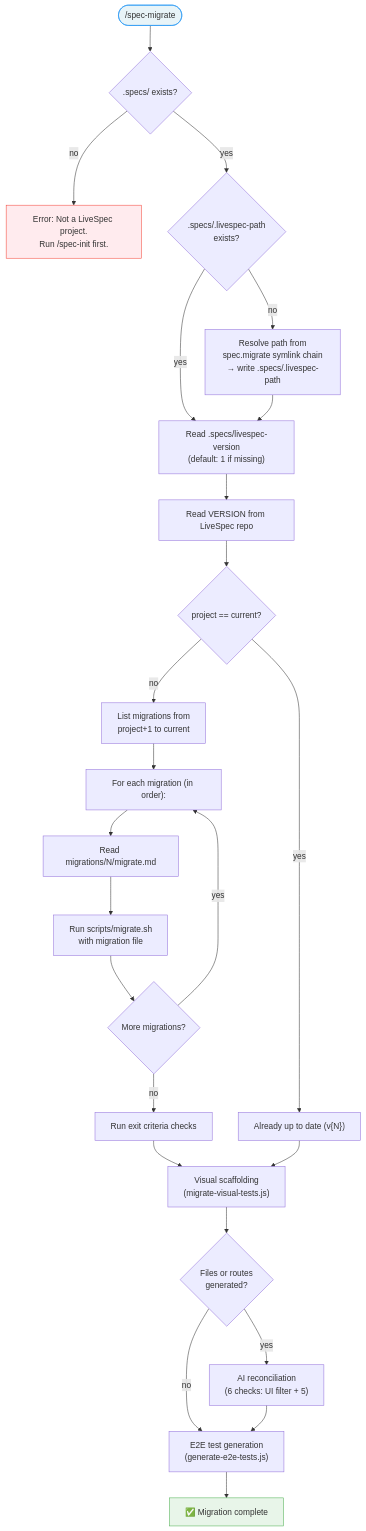
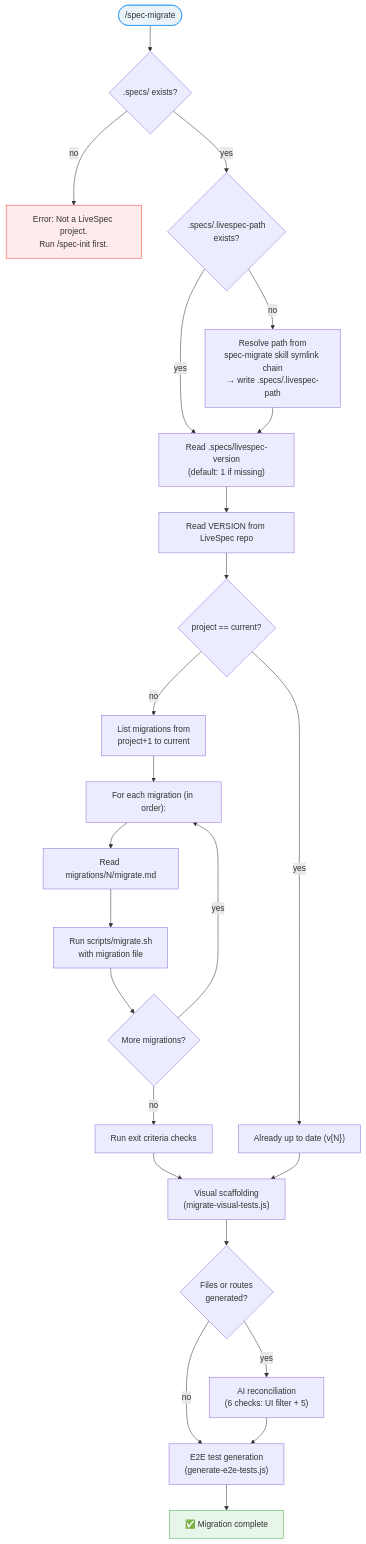
Before and after one commit to julien-m/livespec: the diagram in .agent-sync/skills/spec-migrate/SKILL.md, drawn with Mermaid. The commit also changed other lines of this file and 156 other files, not shown here.

````diff
--- a/.agent-sync/skills/spec-migrate/SKILL.md
+++ b/.agent-sync/skills/spec-migrate/SKILL.md
@@ -26,30 +26,30 @@
 ```mermaid
 flowchart TD
     START(["/spec-migrate"]) --> CHECK{".specs/ exists?"}
     CHECK -->|no| FAIL["Error: Not a LiveSpec project.\nRun /spec-init first."]
     CHECK -->|yes| PATH{".specs/.livespec-path\nexists?"}
-    PATH -->|no| RESOLVE["Resolve path from\nspec.migrate symlink chain\n→ write .specs/.livespec-path"]
+    PATH -->|no| RESOLVE["Resolve path from\nspec-migrate skill symlink chain\n→ write .specs/.livespec-path"]
     PATH -->|yes| READ["Read .specs/livespec-version\n(default: 1 if missing)"]
     RESOLVE --> READ
     READ --> CURRENT["Read VERSION from LiveSpec repo"]
     CURRENT --> CMP{"project == current?"}
     CMP -->|yes| UPTODATE["Already up to date (v{N})"]
     CMP -->|no| LIST["List migrations from\nproject+1 to current"]
     LIST --> LOOP["For each migration (in order):"]
     LOOP --> PARSE["Read migrations/N/migrate.md"]
     PARSE --> EXEC["Run scripts/migrate.sh\nwith migration file"]
     EXEC --> NEXT{"More migrations?"}
     NEXT -->|yes| LOOP
     NEXT -->|no| VALIDATE["Run exit criteria checks"]
     VALIDATE --> VMIGRATE["Visual scaffolding\n(migrate-visual-tests.js)"]
     UPTODATE --> VMIGRATE
     VMIGRATE --> RECONCILE{"Files or routes\ngenerated?"}
     RECONCILE -->|"yes"| AICHECK["AI reconciliation\n(6 checks: UI filter + 5)"]
     RECONCILE -->|"no"| E2EGEN
     AICHECK --> E2EGEN["E2E test generation\n(generate-e2e-tests.js)"]
     E2EGEN --> DONE["✅ Migration complete"]
 
     style START fill:#e8f4f8,stroke:#2196F3
     style DONE fill:#e8f5e9,stroke:#4CAF50
     style FAIL fill:#ffebee,stroke:#f44336
 ```
````
